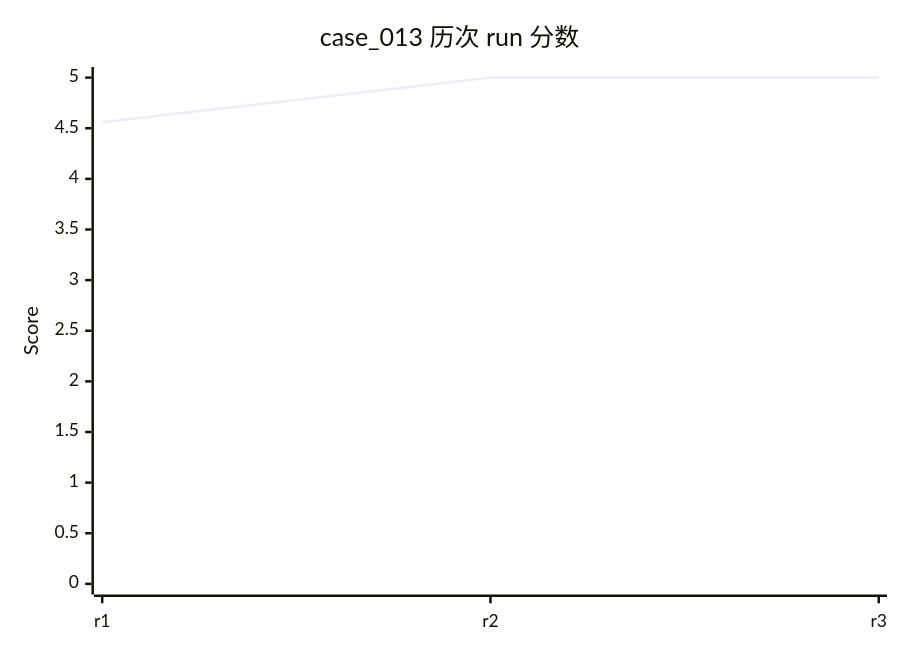
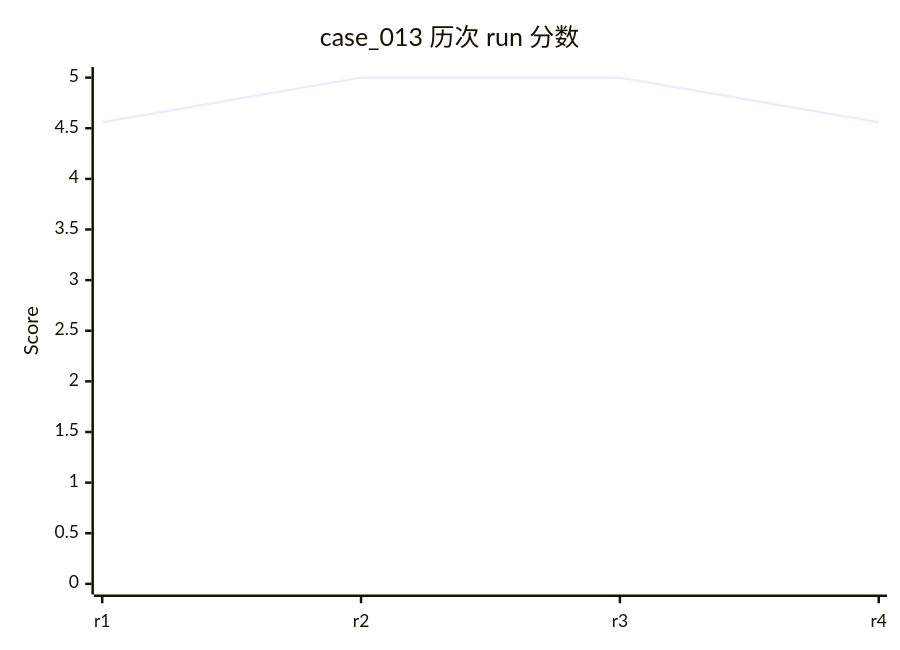
Before and after one commit to rushengzhou/sid-code: diagram 18 of 58 in evals/DASHBOARD.md, drawn with Mermaid. The commit also changed other lines of this file and 34 other files, not shown here.

````diff
--- a/evals/DASHBOARD.md
+++ b/evals/DASHBOARD.md
@@ -410,7 +415,7 @@
 ```mermaid
 xychart-beta
     title "case_013 历次 run 分数"
-    x-axis [r1, r2, r3]
+    x-axis [r1, r2, r3, r4]
     y-axis "Score" 0 --> 5
-    line [4.56, 5.00, 5.00]
+    line [4.56, 5.00, 5.00, 4.56]
 ```
````
